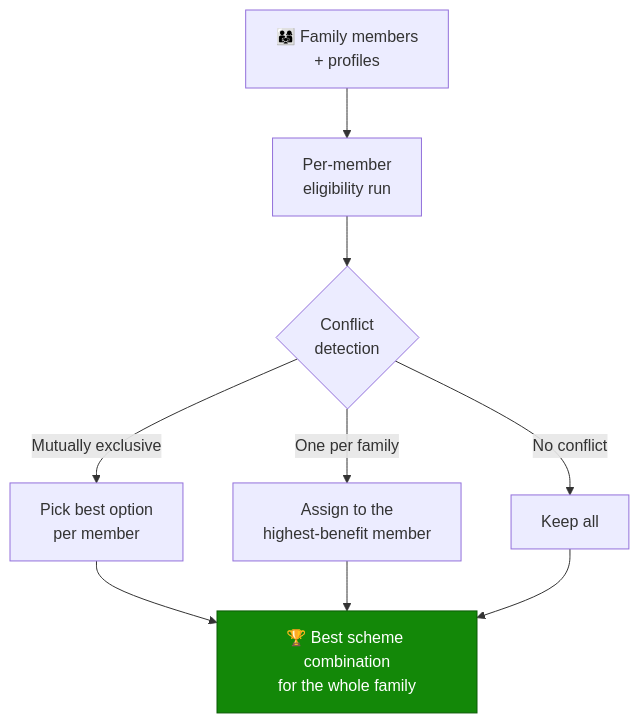
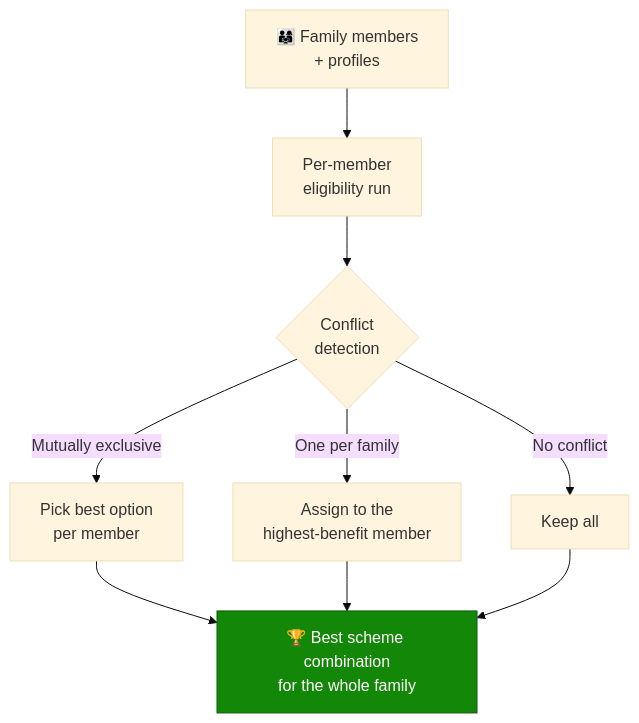
One commit to Akshatsrii/Adhikar changed diagram 12 of 20 in README.md. Above: the diagram before and after it, drawn with Mermaid. The commit also changed other lines of this file, not shown here.

````diff
--- a/README.md
+++ b/README.md
@@ -460,11 +701,12 @@
 ```mermaid
+%%{init: {'theme':'base','themeVariables':{'fontFamily':'Segoe UI, Arial'}}}%%
 flowchart TB
     F["👨‍👩‍👧 Family members<br/>+ profiles"] --> M["Per-member<br/>eligibility run"]
     M --> C{"Conflict<br/>detection"}
     C -->|"Mutually exclusive"| ME["Pick best option<br/>per member"]
     C -->|"One per family"| OF["Assign to the<br/>highest-benefit member"]
     C -->|"No conflict"| OK["Keep all"]
     ME & OF & OK --> BEST["🏆 Best scheme combination<br/>for the whole family"]
 
     style BEST fill:#138808,color:#fff,stroke:#0b5a05
 ```
````
